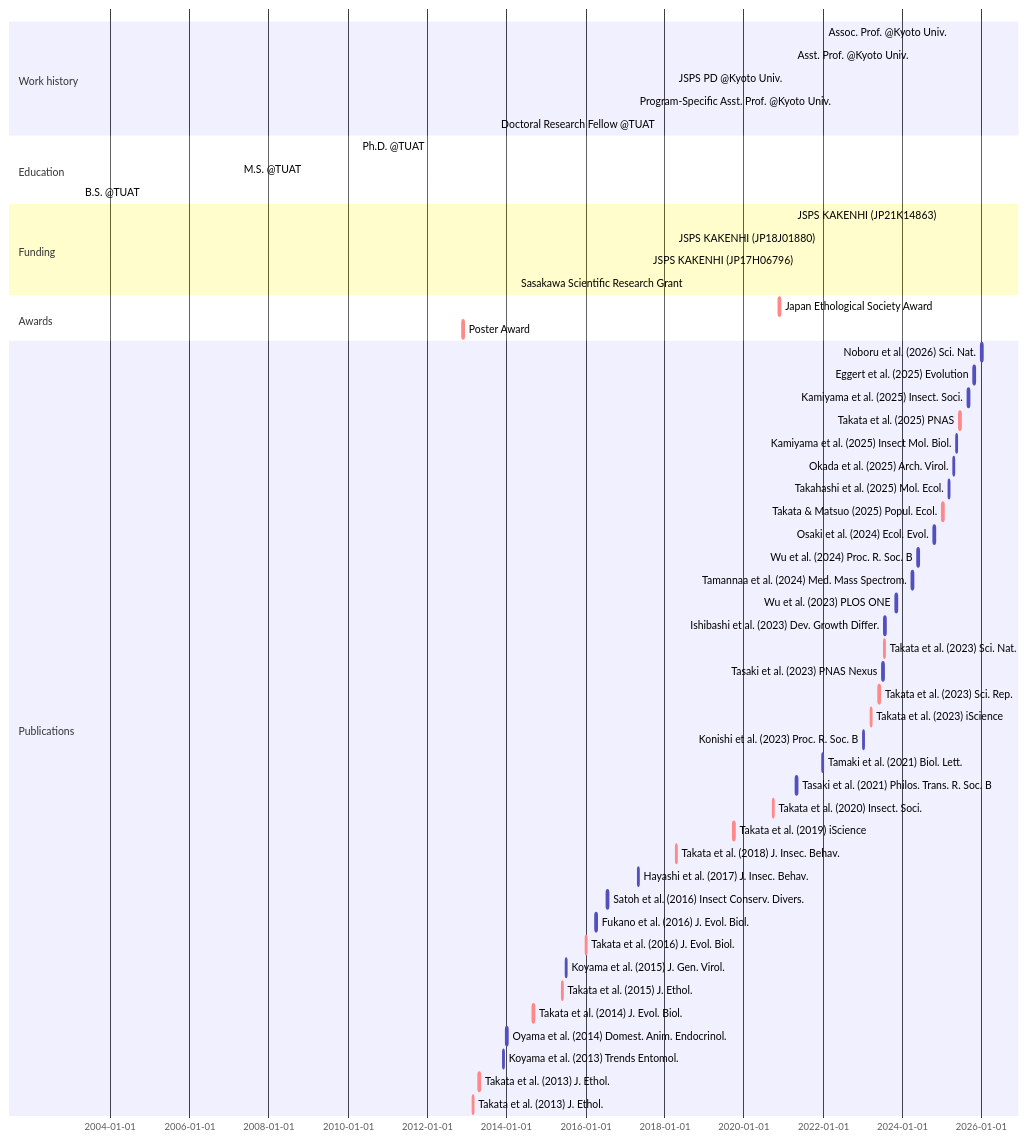
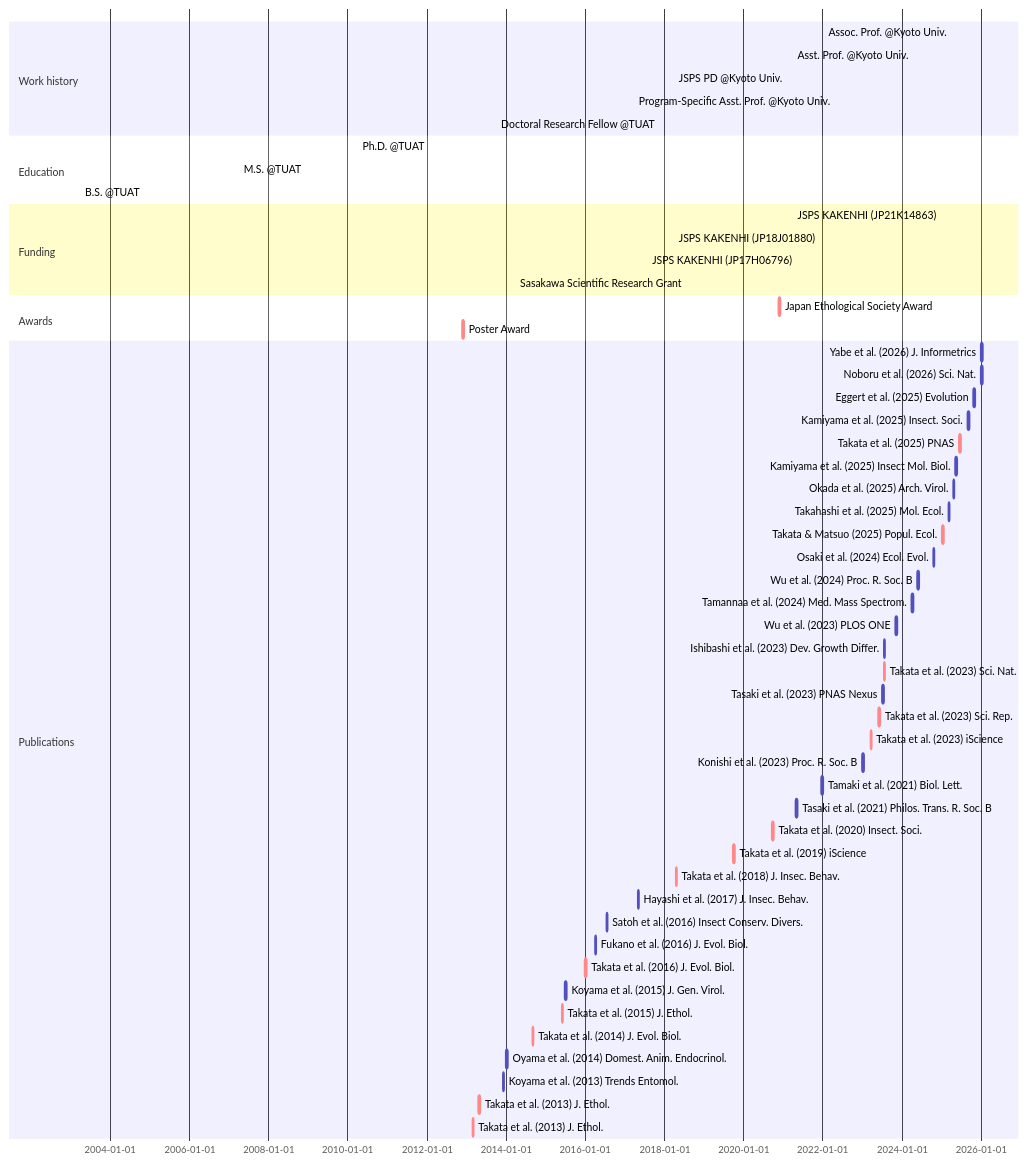
One commit to MamoruTakata/MamoruTakata.github.io changed the diagram in _includes/mermaid-cv.md. Above: the diagram before and after it, drawn with Mermaid.

````diff
--- a/_includes/mermaid-cv.md
+++ b/_includes/mermaid-cv.md
@@ -1,60 +1,61 @@
 ```mermaid
 gantt
 section Work history
   Assoc. Prof. @Kyoto Univ.                     : active, Assoc. Prof., 2025-04-01, 2030-03-31
   Asst. Prof. @Kyoto Univ.                      : active, Asst. Prof., 2021-04-01, 2025-03-31
   JSPS PD @Kyoto Univ.                          : active, PD, 2018-04-01, 2021-03-31
   Program-Specific Asst. Prof. @Kyoto Univ.     : active, Program-Specific Asst. Prof., 2017-04-01, 2018-03-31
   Doctoral Research Fellow @TUAT                : active, Program-Specific Asst. Prof., 2013-10-01, 2017-03-31
 
 section Education
   Ph.D. @TUAT    : Ph.D., 2010-04-01, 2013-09-18
   M.S. @TUAT     : M.S., 2007-04-01, 2010-03-31
   B.S. @TUAT     : B.S., 2003-04-01, 2007-03-31
 
 section Funding
   JSPS KAKENHI (JP21K14863)                     : active, grant_young, 2021-04-01, 2026-03-31
   JSPS KAKENHI (JP18J01880)                     : active, grant_PD, 2018-04-01, 2021-03-31
   JSPS KAKENHI (JP17H06796)                     : active, grant_start, 2017-08-01, 2018-03-31
   Sasakawa Scientific Research Grant            : active, grant_Sasagawa, 2014-04-01, 2015-03-31
 
 section Awards
   Japan Ethological Society Award               : crit, aw_2, 2020-11-21, 2w
   Poster Award                                  : crit, aw_1, 2012-11-24, 2w
 
 section Publications
-  Noboru et al. (2026) Sci. Nat.                :       Noboru et al. 2025, 2026-1-1, 2w
+  Yabe et al. (2026) J. Informetrics            :       Yabe et al. 2026, 2026-1-3, 2w
+  Noboru et al. (2026) Sci. Nat.                :       Noboru et al. 2026, 2026-1-1, 2w
   Eggert et al. (2025) Evolution                :       Eggert et al. 2025, 2025-10-23, 2w
   Kamiyama et al. (2025) Insect. Soci.          :       Kamiyama et al. 2025, 2025-08-31, 2w
   Takata et al. (2025) PNAS                     : crit, Takata et al. 2025, 2025-06-13, 2w
   Kamiyama et al. (2025) Insect Mol. Biol.      :       Kamiyama et al. 2025, 2025-05-11, 2w
   Okada et al. (2025) Arch. Virol.              :       Okada et al. 2025, 2025-04-16, 2w
   Takahashi et al. (2025) Mol. Ecol.            :       Takahashi et al. 2025, 2025-03-04, 2w
   Takata & Matsuo (2025) Popul. Ecol.           : crit, Takata & Matsuo 2025, 2025-01-07, 2w
   Osaki et al. (2024) Ecol. Evol.               :       Osaki et al. 2024, 2024-10-17, 2w
   Wu et al. (2024) Proc. R. Soc. B              :       Wu et al. 2024, 2024-05-22, 2w
   Tamannaa et al. (2024) Med. Mass Spectrom.    :       Tamannaa et al. 2024, 2024-04-01, 2w
   Wu et al. (2023) PLOS ONE                     :       Wu et al. 2023, 2023-11-02, 2w
   Ishibashi et al. (2023) Dev. Growth Differ.   :       Ishibashi et al. 2023, 2023-07-18, 2w
   Takata et al. (2023) Sci. Nat.                : crit, Takata et al. 2023c, 2023-07-17, 2w
   Tasaki et al. (2023) PNAS Nexus               :       Tasaki et al. 2023, 2023-07-04, 2w
   Takata et al. (2023) Sci. Rep.                : crit, Takata et al. 2023b, 2023-05-31, 2w
   Takata et al. (2023) iScience                 : crit, Takata et al. 2023a, 2023-03-17, 2w
   Konishi et al. (2023) Proc. R. Soc. B         :       Konishi et al. 2023, 2023-01-04, 2w
   Tamaki et al. (2021) Biol. Lett.              :       Tamaki et al. 2021, 2021-12-22, 2w
   Tasaki et al. (2021) Philos. Trans. R. Soc. B :       Tasaki et al. 2021, 2021-04-26, 2w
   Takata et al. (2020) Insect. Soci.            : crit, Takata et al. 2020, 2020-09-22, 2w
   Takata et al. (2019) iScience                 : crit, Takata et al. 2019, 2019-09-27, 2w
   Takata et al. (2018) J. Insec. Behav.         : crit, Takata et al. 2018, 2018-04-14, 2w
   Hayashi et al. (2017) J. Insec. Behav.        :       Hayashi et al. 2017, 2017-04-29, 2w
   Satoh et al. (2016) Insect Conserv. Divers.   :       Satoh et al. 2016, 2016-07-16, 2w
   Fukano et al. (2016) J. Evol. Biol.           :       Fukano et al. 2016, 2016-04-01, 2w
   Takata et al. (2016) J. Evol. Biol.           : crit, Takata et al. 2016, 2016-01-01, 2w
   Koyama et al. (2015) J. Gen. Virol.           :       Koyama et al. 2015, 2015-07-01, 2w
   Takata et al. (2015) J. Ethol.                : crit, Takata et al. 2015, 2015-05-28, 2w
   Takata et al. (2014) J. Evol. Biol.           : crit, Takata et al. 2014, 2014-09-01, 2w
   Oyama et al. (2014) Domest. Anim. Endocrinol. :       Oyama et al. 2014, 2014-01-01, 2w
   Koyama et al. (2013) Trends Entomol.          :       Koyama et al. 2013, 2013-12-01, 2w
   Takata et al. (2013) J. Ethol.                : crit, Takata et al. 2015b, 2013-04-21, 2w
   Takata et al. (2013) J. Ethol.                : crit, Takata et al. 2015a, 2013-02-23, 2w
 ```
````
